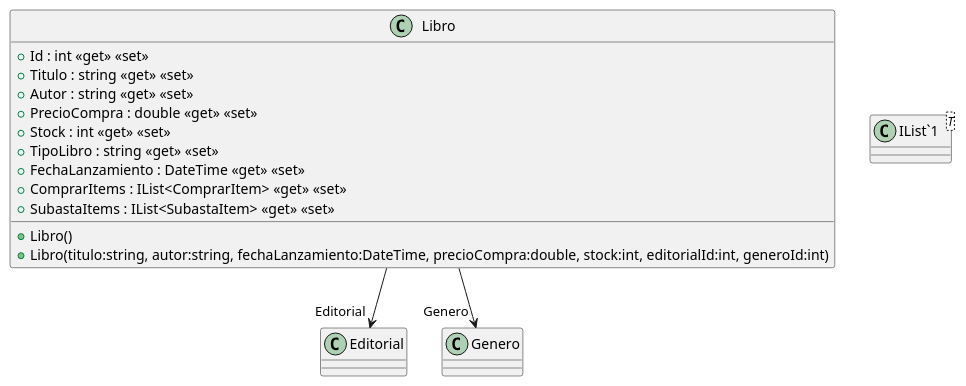
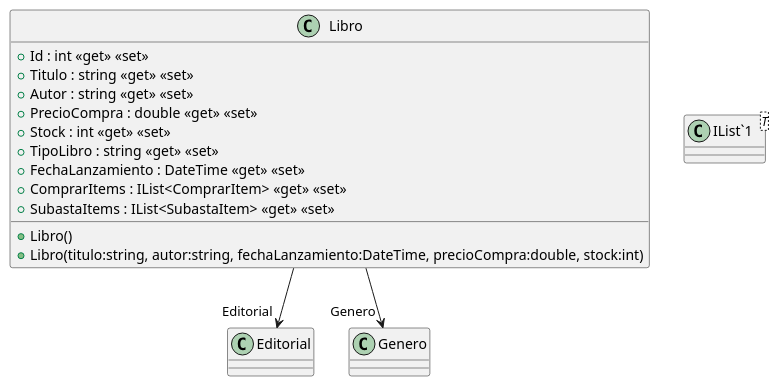
One commit to ISII2627IntegraSolutions/ISII2627IntegraSolutions changed the diagram in src/AppForSEII.API/ClassDiagram/Libro.puml. Above: the diagram before and after it, drawn with PlantUML. The commit also changed 19 other files, not shown here.

```diff
--- a/src/AppForSEII.API/ClassDiagram/Libro.puml
+++ b/src/AppForSEII.API/ClassDiagram/Libro.puml
@@ -1,19 +1,19 @@
 @startuml
 class Libro {
     + Libro()
-    + Libro(titulo:string, autor:string, fechaLanzamiento:DateTime, precioCompra:double, stock:int, editorialId:int, generoId:int)
+    + Libro(titulo:string, autor:string, fechaLanzamiento:DateTime, precioCompra:double, stock:int)
     + Id : int <<get>> <<set>>
     + Titulo : string <<get>> <<set>>
     + Autor : string <<get>> <<set>>
     + PrecioCompra : double <<get>> <<set>>
     + Stock : int <<get>> <<set>>
     + TipoLibro : string <<get>> <<set>>
     + FechaLanzamiento : DateTime <<get>> <<set>>
     + ComprarItems : IList<ComprarItem> <<get>> <<set>>
     + SubastaItems : IList<SubastaItem> <<get>> <<set>>
 }
 class "IList`1"<T> {
 }
 Libro --> "Editorial" Editorial
 Libro --> "Genero" Genero
 @enduml
```
